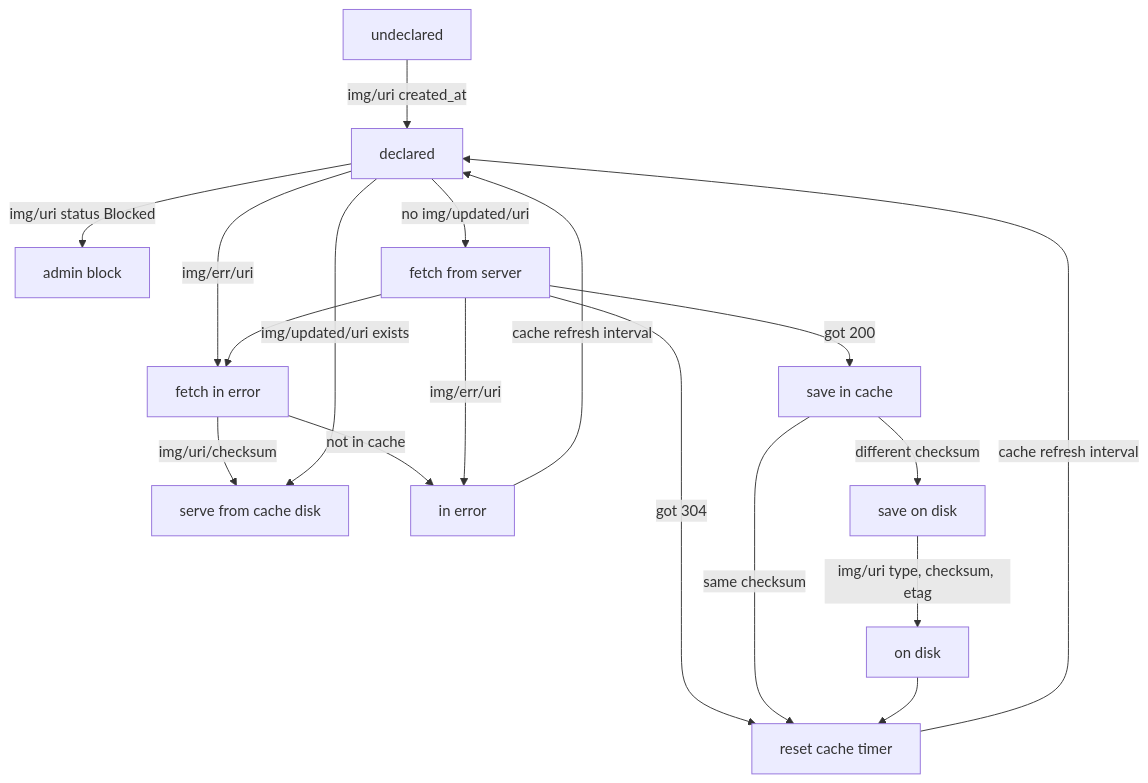
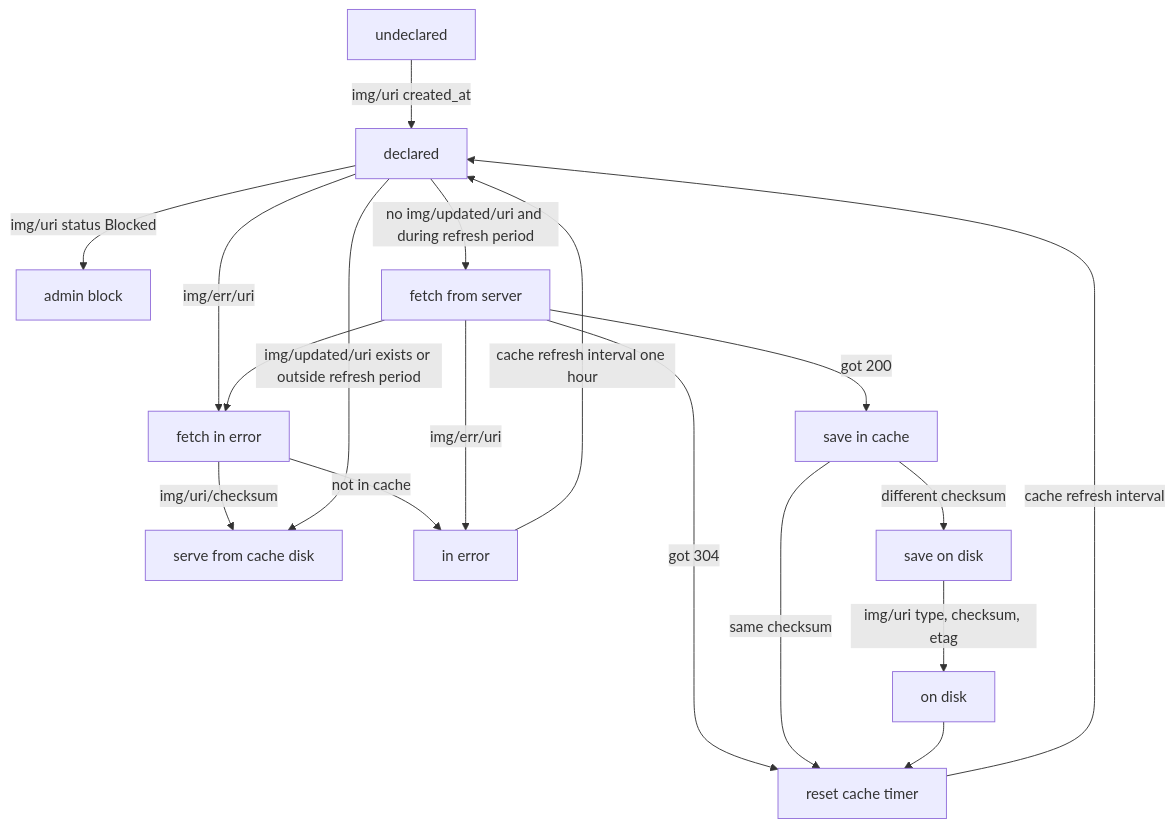
One commit to linuxfrorg/img-LinuxFr.org changed the second of 2 diagrams in README.md. Above: the diagram before and after it, drawn with Mermaid. The commit also changed other lines of this file and 8 other files, not shown here.

First line of the commit message:
feat: add refresh period

````diff
--- a/README.md
+++ b/README.md
@@ -90,20 +87,20 @@
 ```mermaid
 graph TD
   A[ undeclared ] -->|img/uri created_at| B[declared]
   B --> |img/uri status Blocked| C[ admin block]
   B --> |img/err/uri| K[ fetch in error]
   K --> |img/uri/checksum| E[ serve from cache disk]
   K --> |not in cache| D[ in error ]
-  D --> |cache refresh interval| B
-  B --> |img/updated/uri exists| E
-  B --> |no img/updated/uri| F[fetch from server]
+  D --> |cache refresh interval one hour| B
+  B --> |img/updated/uri exists or outside refresh period| E
+  B --> |no img/updated/uri and during refresh period| F[fetch from server]
   F --> |got 304| G[reset cache timer]
   F --> |got 200| H[save in cache]  
   F --> K
   F --> |img/err/uri| D
   H --> |different checksum| I[save on disk]
   H --> |same checksum| G
   I --> |img/uri type, checksum, etag| J[on disk]
   J --> G
   G --> |cache refresh interval| B
 ```
````
